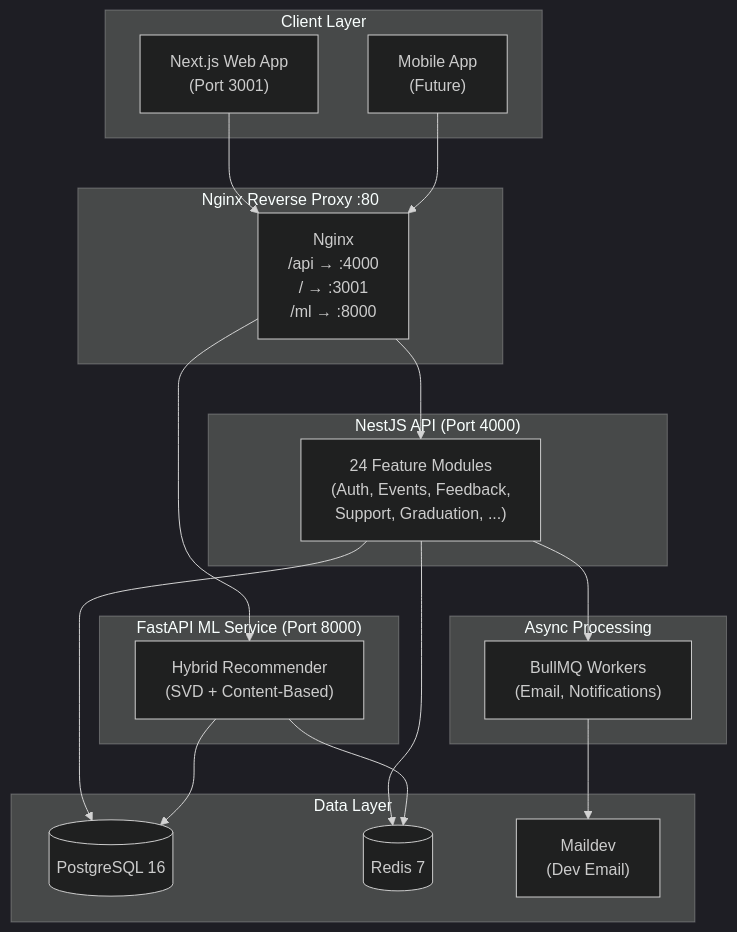
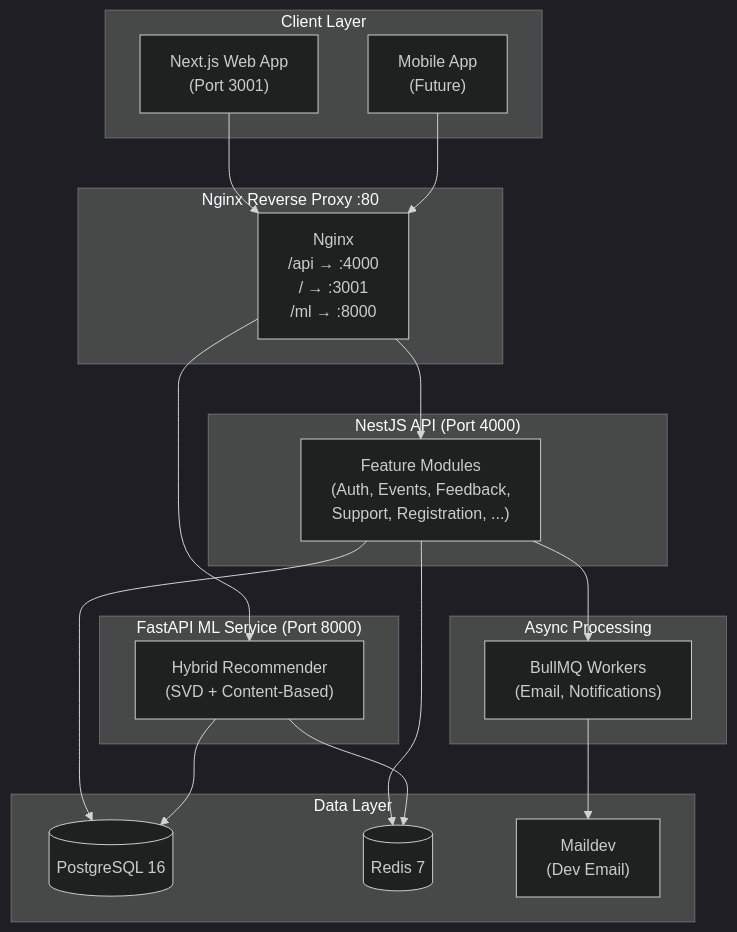
The first of 2 diagrams in README.md (Sam2830nat/Ministry-of-Innovation-MINT-event-Management-System-), drawn with Mermaid (dark theme) before and after one commit. The commit also changed other lines of this file and 1 other file, not shown here.

````diff
--- a/README.md
+++ b/README.md
@@ -76,40 +87,40 @@
 ```mermaid
 graph TD
     subgraph Clients["Client Layer"]
         Web["Next.js Web App\n(Port 3001)"]
         Mobile["Mobile App\n(Future)"]
     end
 
     subgraph Proxy["Nginx Reverse Proxy :80"]
         Nginx["Nginx\n/api → :4000\n/ → :3001\n/ml → :8000"]
     end
 
     subgraph Backend["NestJS API (Port 4000)"]
-        API["24 Feature Modules\n(Auth, Events, Feedback,\nSupport, Graduation, ...)"]
+        API["Feature Modules\n(Auth, Events, Feedback,\nSupport, Registration, ...)"]
     end
 
     subgraph MLSvc["FastAPI ML Service (Port 8000)"]
         ML["Hybrid Recommender\n(SVD + Content-Based)"]
     end
 
     subgraph Storage["Data Layer"]
         PG[("PostgreSQL 16")]
         Redis[("Redis 7")]
         Mail["Maildev\n(Dev Email)"]  
     end
 
     subgraph Async["Async Processing"]
         BullMQ["BullMQ Workers\n(Email, Notifications)"]
     end
 
     Web --> Nginx
     Mobile --> Nginx
     Nginx --> API
     Nginx --> ML
     API --> PG
     API --> Redis
     API --> BullMQ
     BullMQ --> Mail
     ML --> Redis
     ML --> PG
 ```
````
